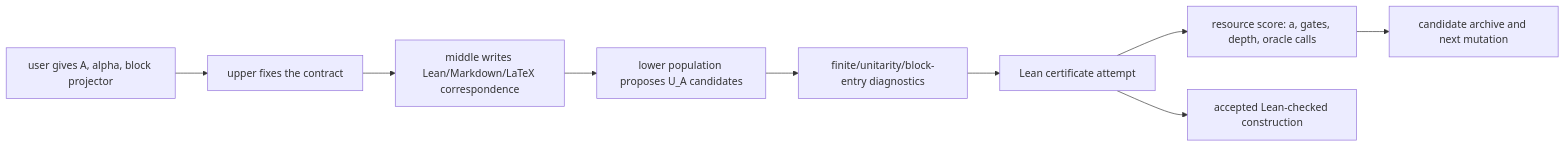
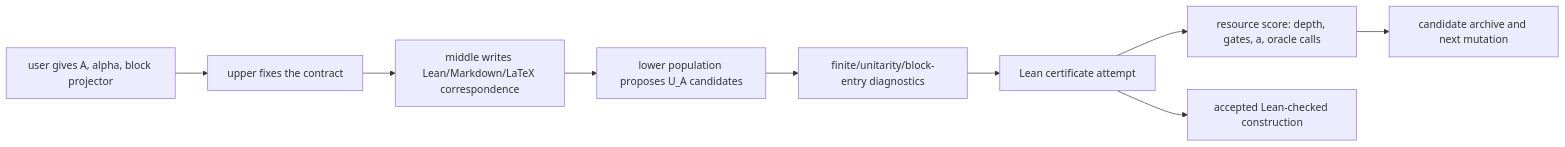
One commit to DakeBU/Quantum-Computing-Block-Encoding changed the first of 2 diagrams in README.md. Above: the diagram before and after it, drawn with Mermaid. The commit also changed other lines of this file and 15 other files, not shown here.

````diff
--- a/README.md
+++ b/README.md
@@ -44,11 +44,11 @@
 ```mermaid
 flowchart LR
   A["user gives A, alpha, block projector"] --> B["upper fixes the contract"]
   B --> C["middle writes Lean/Markdown/LaTeX correspondence"]
   C --> D["lower population proposes U_A candidates"]
   D --> E["finite/unitarity/block-entry diagnostics"]
   E --> F["Lean certificate attempt"]
-  F --> G["resource score: a, gates, depth, oracle calls"]
+  F --> G["resource score: depth, gates, a, oracle calls"]
   G --> H["candidate archive and next mutation"]
   F --> I["accepted Lean-checked construction"]
 ```
````
